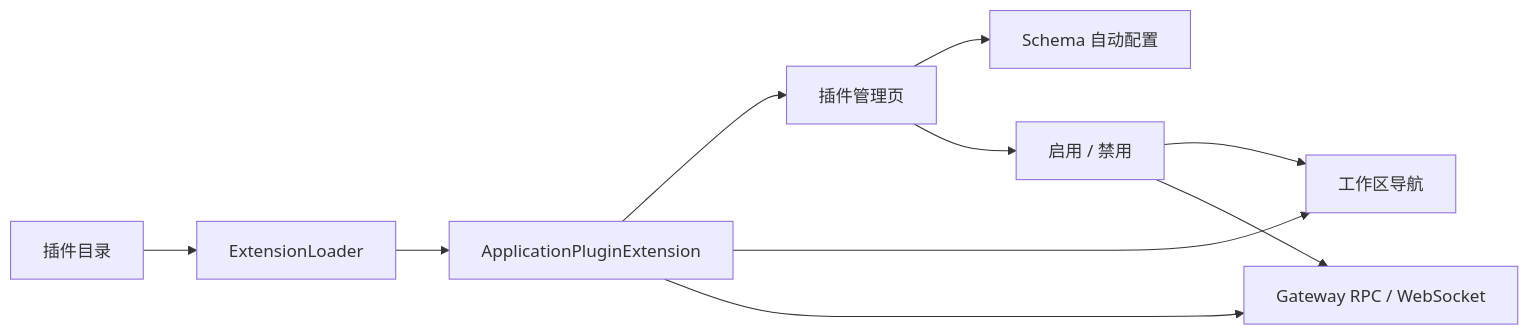
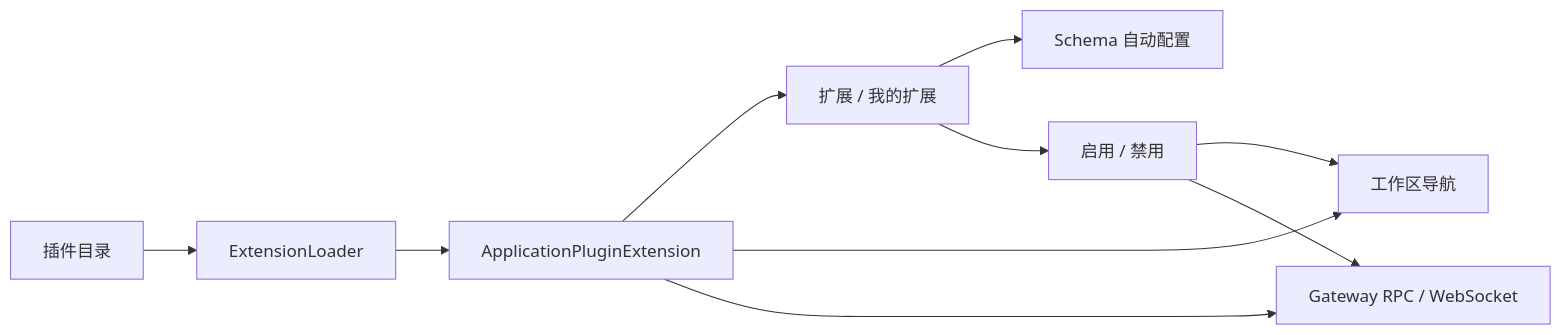
One commit to openJiuwen-ai/jiuwenclaw changed the first of 2 diagrams in docs/zh/application-plugins.md. Above: the diagram before and after it, drawn with Mermaid. The commit also changed other lines of this file and 1 other file, not shown here.

````diff
--- a/docs/zh/application-plugins.md
+++ b/docs/zh/application-plugins.md
@@ -6,12 +9,12 @@
 ```mermaid
 flowchart LR
     P[插件目录] --> L[ExtensionLoader]
     L --> R[ApplicationPluginExtension]
-    R --> M[插件管理页]
+    R --> M[扩展 / 我的扩展]
     R --> N[工作区导航]
     R --> G[Gateway RPC / WebSocket]
     M --> C[Schema 自动配置]
     M --> E[启用 / 禁用]
     E --> N
     E --> G
 ```
````
